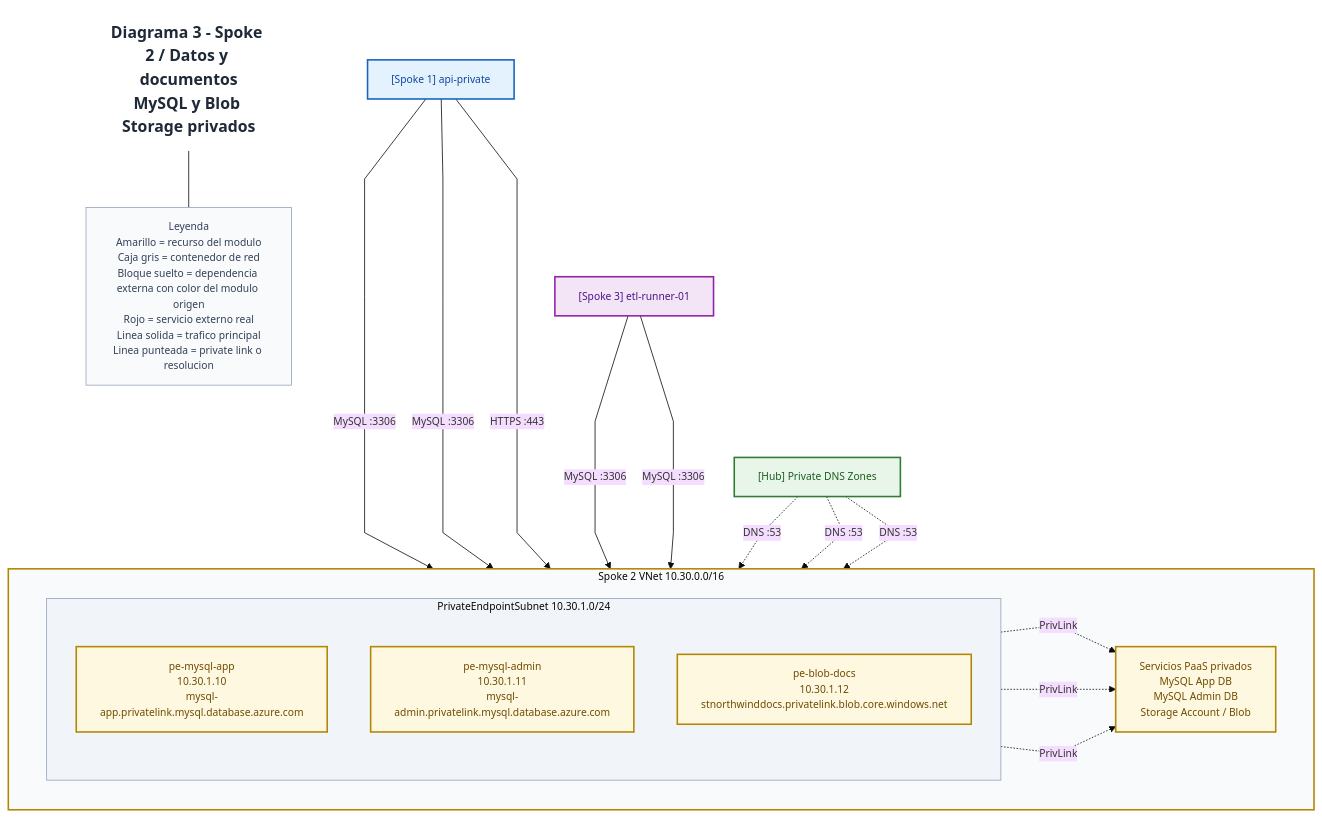
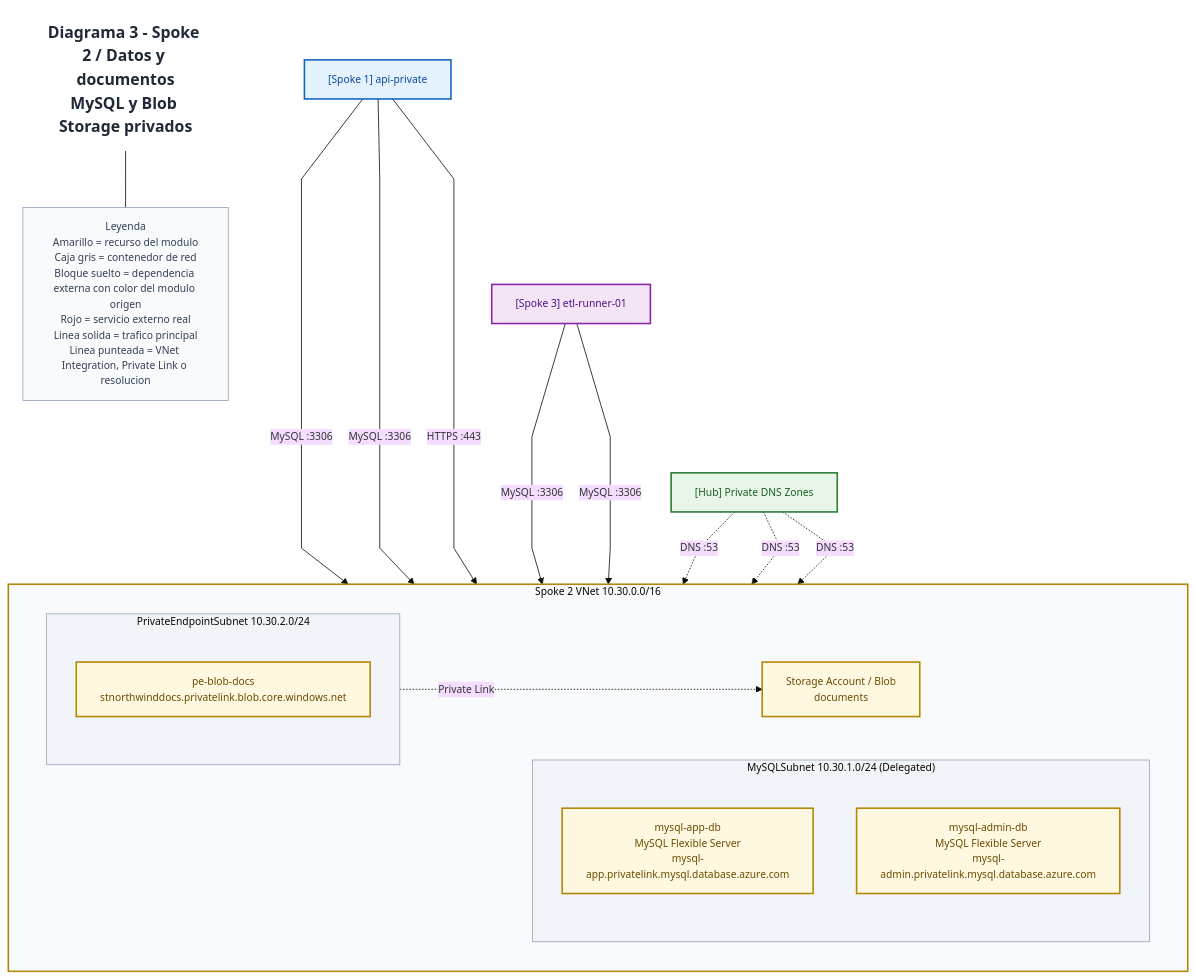
The fourth of 5 diagrams in README.md (Eickyair/azure-hubspoke-private-intranet), drawn with Mermaid before and after one commit. The commit also changed other lines of this file and 6 other files, not shown here.

Commit message:
docs: update architecture diagrams and component documentation to align with Terraform infrastructure

````diff
--- a/README.md
+++ b/README.md
@@ -481,49 +494,52 @@
 ```mermaid
 %%{init: {"theme": "base", "flowchart": {"curve": "linear", "nodeSpacing": 55, "rankSpacing": 72}, "themeVariables": {"fontFamily": "Trebuchet MS", "fontSize": "13px"}} }%%
 flowchart TB
     title["Diagrama 3 - Spoke 2 / Datos y documentos<br/>MySQL y Blob Storage privados"]:::title
-    legend["Leyenda<br/>Amarillo = recurso del modulo<br/>Caja gris = contenedor de red<br/>Bloque suelto = dependencia externa con color del modulo origen<br/>Rojo = servicio externo real<br/>Linea solida = trafico principal<br/>Linea punteada = private link o resolucion"]:::legend
+    legend["Leyenda<br/>Amarillo = recurso del modulo<br/>Caja gris = contenedor de red<br/>Bloque suelto = dependencia externa con color del modulo origen<br/>Rojo = servicio externo real<br/>Linea solida = trafico principal<br/>Linea punteada = VNet Integration, Private Link o resolucion"]:::legend
     title --- legend
 
     subgraph spoke2["Spoke 2 VNet 10.30.0.0/16"]
         direction LR
-        subgraph pesubnet["PrivateEndpointSubnet 10.30.1.0/24"]
+        subgraph mysqlsubnet["MySQLSubnet 10.30.1.0/24 (Delegated)"]
             direction TB
-            pemysqlapp["pe-mysql-app<br/>10.30.1.10<br/>mysql-app.privatelink.mysql.database.azure.com"]:::data
-            pemysqladmin["pe-mysql-admin<br/>10.30.1.11<br/>mysql-admin.privatelink.mysql.database.azure.com"]:::data
-            peblob["pe-blob-docs<br/>10.30.1.12<br/>stnorthwinddocs.privatelink.blob.core.windows.net"]:::data
+            mysql_app["mysql-app-db<br/>MySQL Flexible Server<br/>mysql-app.privatelink.mysql.database.azure.com"]:::data
+            mysql_admin["mysql-admin-db<br/>MySQL Flexible Server<br/>mysql-admin.privatelink.mysql.database.azure.com"]:::data
         end
 
-        dataservices["Servicios PaaS privados<br/>MySQL App DB<br/>MySQL Admin DB<br/>Storage Account / Blob"]:::data
+        subgraph pesubnet["PrivateEndpointSubnet 10.30.2.0/24"]
+            direction TB
+            peblob["pe-blob-docs<br/>stnorthwinddocs.privatelink.blob.core.windows.net"]:::data
+        end
+
+        blobdocs["Storage Account / Blob<br/>documents"]:::data
     end
 
     api["[Spoke 1] api-private"]:::app
     etl["[Spoke 3] etl-runner-01"]:::analytics
     dns["[Hub] Private DNS Zones"]:::hub
 
-    api -->|"MySQL :3306"| pemysqlapp
-    api -->|"MySQL :3306"| pemysqladmin
+    api -->|"MySQL :3306"| mysql_app
+    api -->|"MySQL :3306"| mysql_admin
     api -->|"HTTPS :443"| peblob
-    etl -->|"MySQL :3306"| pemysqlapp
-    etl -->|"MySQL :3306"| pemysqladmin
-    pemysqlapp -.->|"PrivLink"| dataservices
-    pemysqladmin -.->|"PrivLink"| dataservices
-    peblob -.->|"PrivLink"| dataservices
-    dns -.->|"DNS :53"| pemysqlapp
-    dns -.->|"DNS :53"| pemysqladmin
+    etl -->|"MySQL :3306"| mysql_app
+    etl -->|"MySQL :3306"| mysql_admin
+    peblob -.->|"Private Link"| blobdocs
+    dns -.->|"DNS :53"| mysql_app
+    dns -.->|"DNS :53"| mysql_admin
     dns -.->|"DNS :53"| peblob
 
     api ~~~ etl
     etl ~~~ dns
 
     style spoke2 fill:#f8fafc,stroke:#b28704,stroke-width:2px;
+    style mysqlsubnet fill:#f1f5f9,stroke:#94a3b8,stroke-width:1px;
     style pesubnet fill:#f1f5f9,stroke:#94a3b8,stroke-width:1px;
 
     classDef title fill:#ffffff,stroke:#ffffff,color:#1f2937,font-size:20px,font-weight:bold;
     classDef legend fill:#f8fafc,stroke:#94a3b8,color:#334155;
     classDef hub fill:#e8f5e9,stroke:#2e7d32,color:#1b5e20,stroke-width:2px;
     classDef app fill:#e3f2fd,stroke:#1565c0,color:#0d47a1,stroke-width:2px;
     classDef data fill:#fff8e1,stroke:#b28704,color:#6d4c00,stroke-width:2px;
     classDef analytics fill:#f3e5f5,stroke:#8e24aa,color:#4a148c,stroke-width:2px;
     classDef external fill:#ffebee,stroke:#c62828,color:#7f1d1d,stroke-width:2px;
 ```
````
